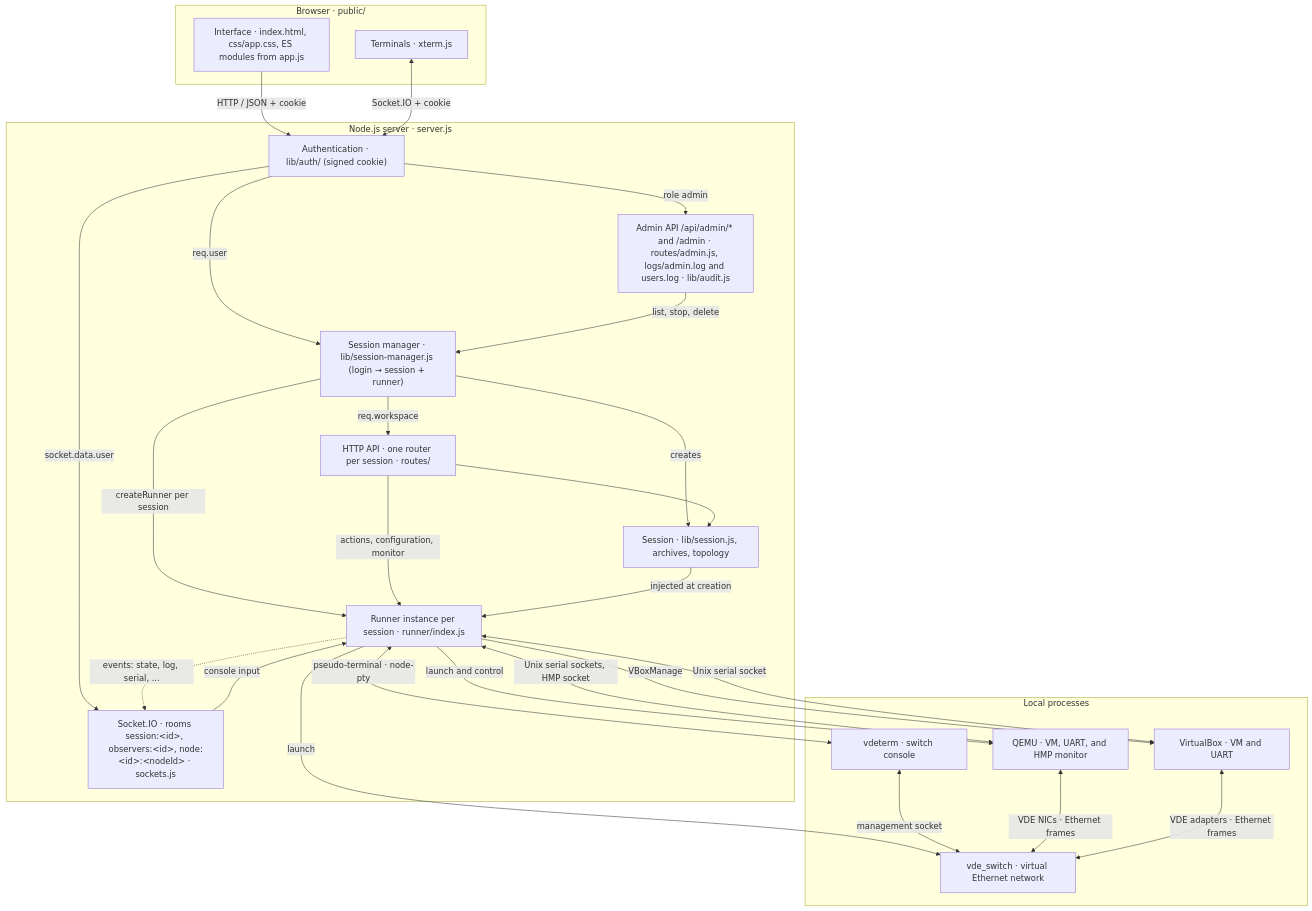
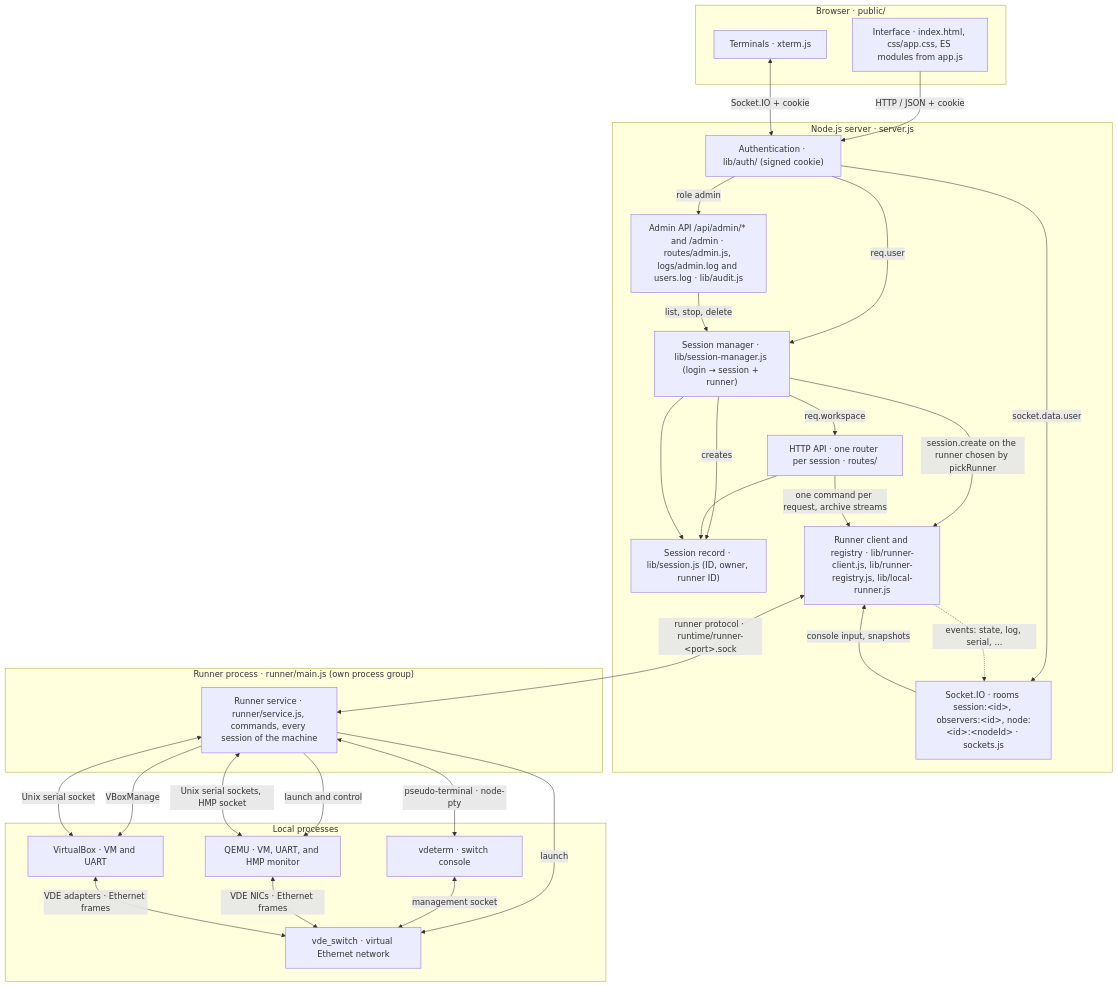
Before and after one commit to orel33/qemuweb: the diagram in docs/architecture.md, drawn with Mermaid. The commit also changed other lines of this file and 2 other files, not shown here.

Commit message:
docs: final architecture, deployment and users.log for the runner process

````diff
--- a/docs/architecture.md
+++ b/docs/architecture.md
@@ -18,48 +19,53 @@
 ```mermaid
 flowchart TB
   subgraph Browser["Browser · public/"]
     UI["Interface · index.html, css/app.css, ES modules from app.js"]
     Terminal["Terminals · xterm.js"]
   end
 
   subgraph Server["Node.js server · server.js"]
     Auth["Authentication · lib/auth/ (signed cookie)"]
     Manager["Session manager · lib/session-manager.js (login → session + runner)"]
     Routes["HTTP API · one router per session · routes/"]
     Sockets["Socket.IO · rooms session:&lt;id&gt;, observers:&lt;id&gt;, node:&lt;id&gt;:&lt;nodeId&gt; · sockets.js"]
     Admin["Admin API /api/admin/* and /admin · routes/admin.js, logs/admin.log and users.log · lib/audit.js"]
-    Session["Session · lib/session.js, archives, topology"]
-    Runner["Runner instance per session · runner/index.js"]
+    Session["Session record · lib/session.js (ID, owner, runner ID)"]
+    Client["Runner client and registry · lib/runner-client.js, lib/runner-registry.js, lib/local-runner.js"]
+  end
+
+  subgraph RunnerProcess["Runner process · runner/main.js (own process group)"]
+    Runner["Runner service · runner/service.js, commands, every session of the machine"]
   end
 
   subgraph Local["Local processes"]
     QEMU["QEMU · VM, UART, and HMP monitor"]
     VBox["VirtualBox · VM and UART"]
     VDE["vde_switch · virtual Ethernet network"]
     VDeterm["vdeterm · switch console"]
   end
 
   UI -->|"HTTP / JSON + cookie"| Auth
   Terminal <-->|"Socket.IO + cookie"| Auth
   Auth -->|"req.user"| Manager
   Auth -->|"role admin"| Admin
   Admin -->|"list, stop, delete"| Manager
   Auth -->|"socket.data.user"| Sockets
   Manager -->|"req.workspace"| Routes
   Manager -->|"creates"| Session
-  Manager -->|"createRunner per session"| Runner
+  Manager -->|"session.create on the runner chosen by pickRunner"| Client
+  Client <-->|"runner protocol · runtime/runner-&lt;port&gt;.sock"| Runner
   Routes --> Session
-  Routes -->|"actions, configuration, monitor"| Runner
-  Sockets -->|"console input"| Runner
-  Runner -.->|"events: state, log, serial, ..."| Sockets
-  Session -->|"injected at creation"| Runner
+  Routes -->|"one command per request, archive streams"| Client
+  Sockets -->|"console input, snapshots"| Client
+  Client -.->|"events: state, log, serial, ..."| Sockets
+  Manager --> Session
   Runner -->|"launch and control"| QEMU
   Runner -->|"VBoxManage"| VBox
   Runner -->|"launch"| VDE
   Runner <-->|"Unix serial sockets, HMP socket"| QEMU
   Runner <-->|"Unix serial socket"| VBox
   Runner <-->|"pseudo-terminal · node-pty"| VDeterm
   VDeterm <-->|"management socket"| VDE
   QEMU <-->|"VDE NICs · Ethernet frames"| VDE
   VBox <-->|"VDE adapters · Ethernet frames"| VDE
 ```
````
